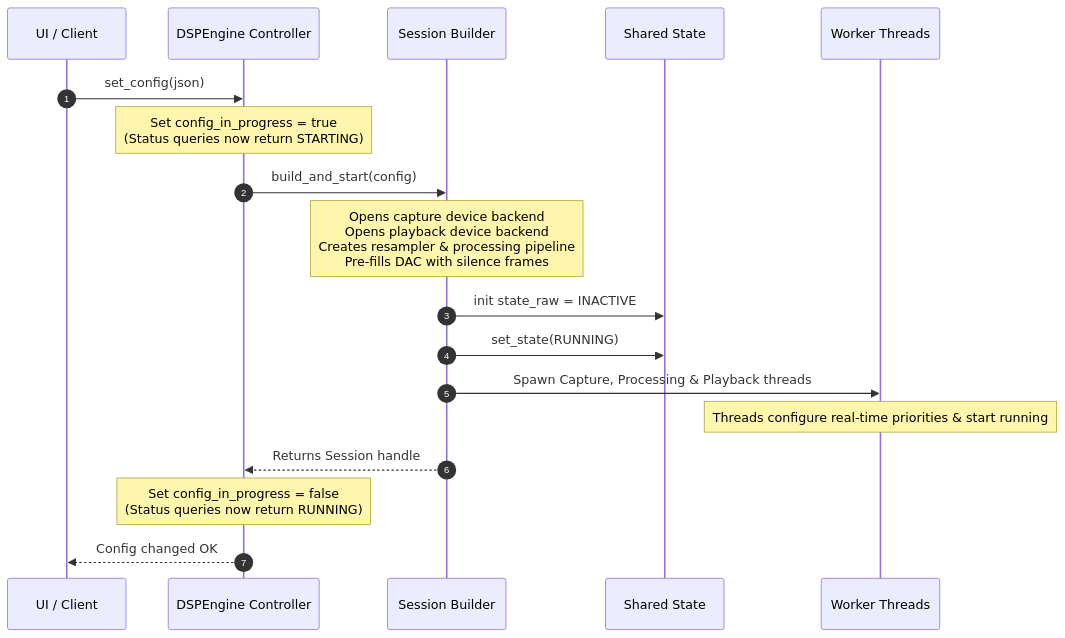
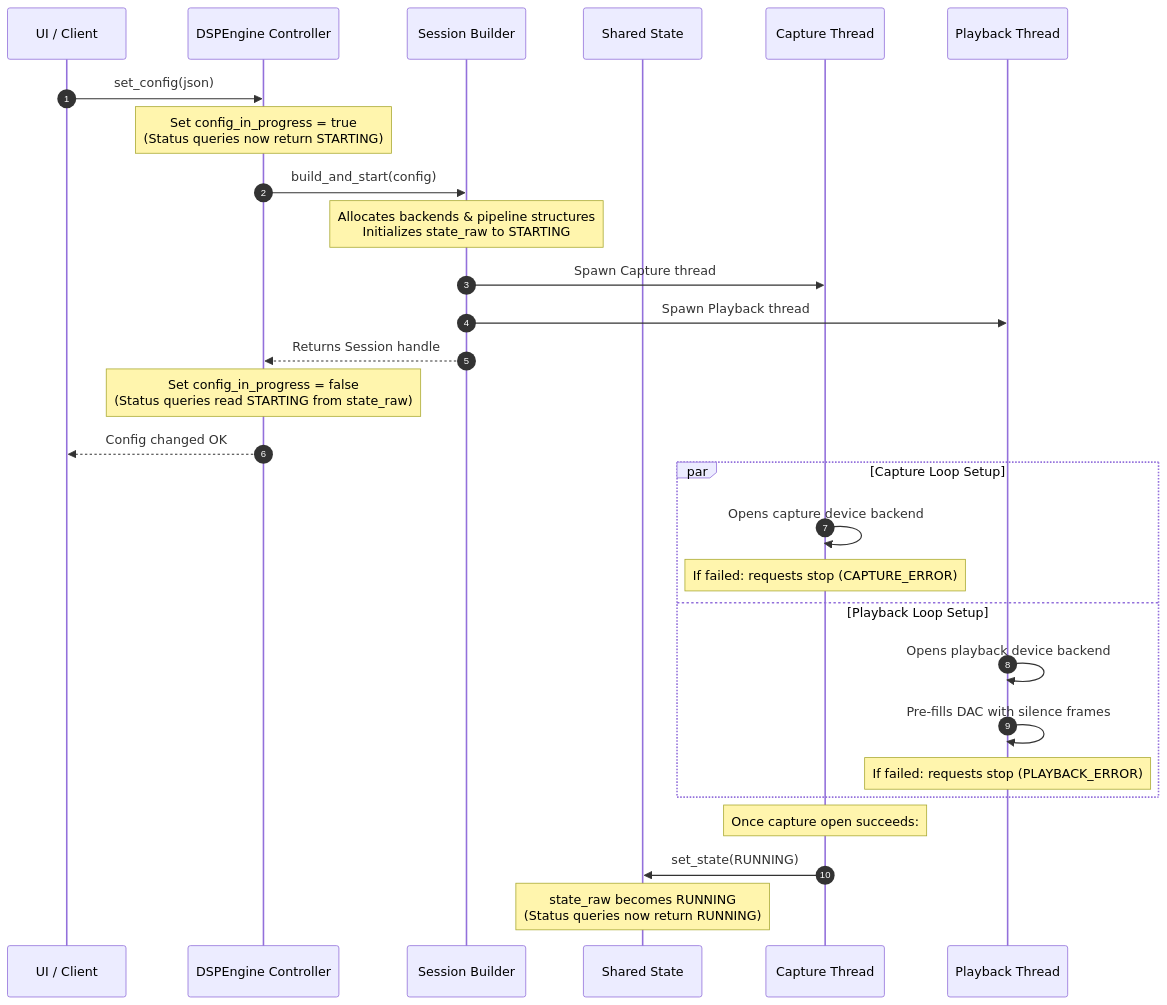
One commit to Wang-Yue/cdsp changed the second of 7 diagrams in engine_state_management.md. Above: the diagram before and after it, drawn with Mermaid. The commit also changed other lines of this file and 6 other files, not shown here.

Commit message:
fix: improve backend opening error handling and state management in capture and playback loops

````diff
--- a/engine_state_management.md
+++ b/engine_state_management.md
@@ -98,21 +98,33 @@
 ```mermaid
 sequenceDiagram
     autonumber
     participant U as UI / Client
     participant E as DSPEngine Controller
     participant B as Session Builder
     participant S as Shared State
-    participant T as Worker Threads
+    participant C as Capture Thread
+    participant K as Playback Thread
 
     U->>E: set_config(json)
     Note over E: Set config_in_progress = true<br/>(Status queries now return STARTING)
     E->>B: build_and_start(config)
-    Note over B: Opens capture device backend<br/>Opens playback device backend<br/>Creates resampler & processing pipeline<br/>Pre-fills DAC with silence frames
-    B->>S: init state_raw = INACTIVE
-    B->>S: set_state(RUNNING)
-    B->>T: Spawn Capture, Processing & Playback threads
-    Note over T: Threads configure real-time priorities & start running
+    Note over B: Allocates backends & pipeline structures<br/>Initializes state_raw to STARTING
+    B->>C: Spawn Capture thread
+    B->>K: Spawn Playback thread
     B-->>E: Returns Session handle
-    Note over E: Set config_in_progress = false<br/>(Status queries now return RUNNING)
+    Note over E: Set config_in_progress = false<br/>(Status queries read STARTING from state_raw)
     E-->>U: Config changed OK
+
+    par Capture Loop Setup
+        C->>C: Opens capture device backend
+        Note over C: If failed: requests stop (CAPTURE_ERROR)
+    and Playback Loop Setup
+        K->>K: Opens playback device backend
+        K->>K: Pre-fills DAC with silence frames
+        Note over K: If failed: requests stop (PLAYBACK_ERROR)
+    end
+
+    Note over C: Once capture open succeeds:
+    C->>S: set_state(RUNNING)
+    Note over S: state_raw becomes RUNNING<br/>(Status queries now return RUNNING)
 ```
````
